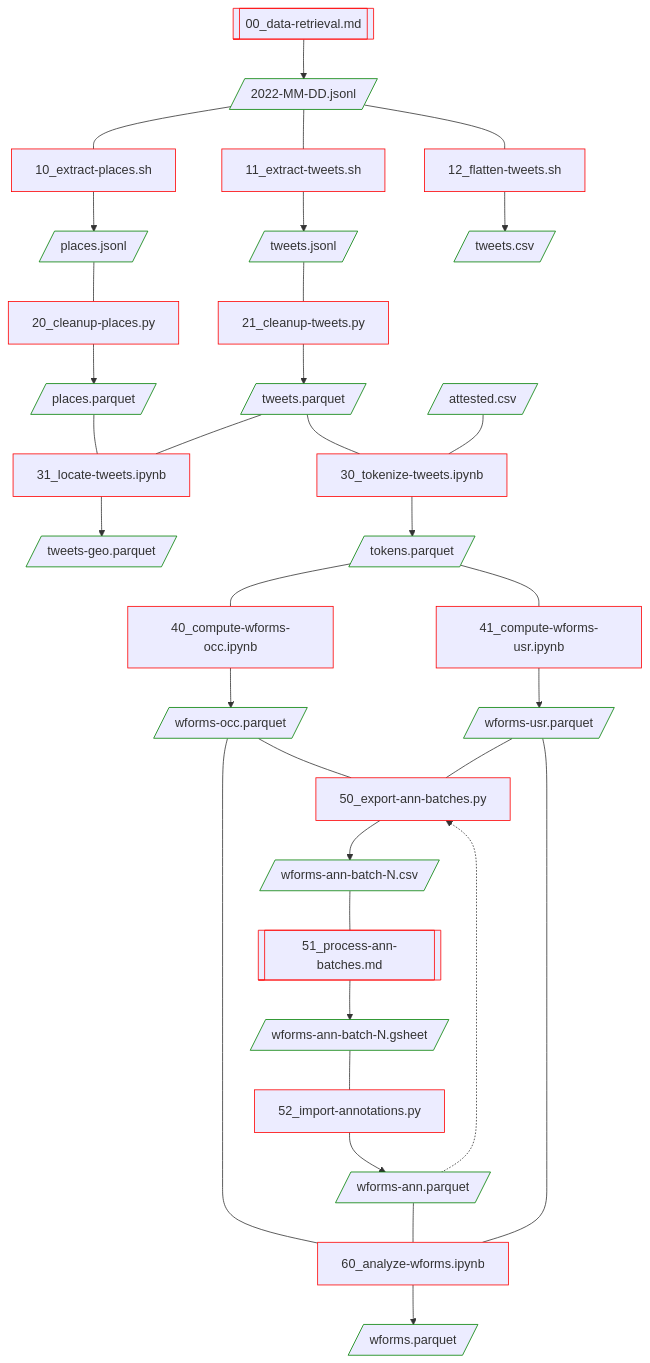
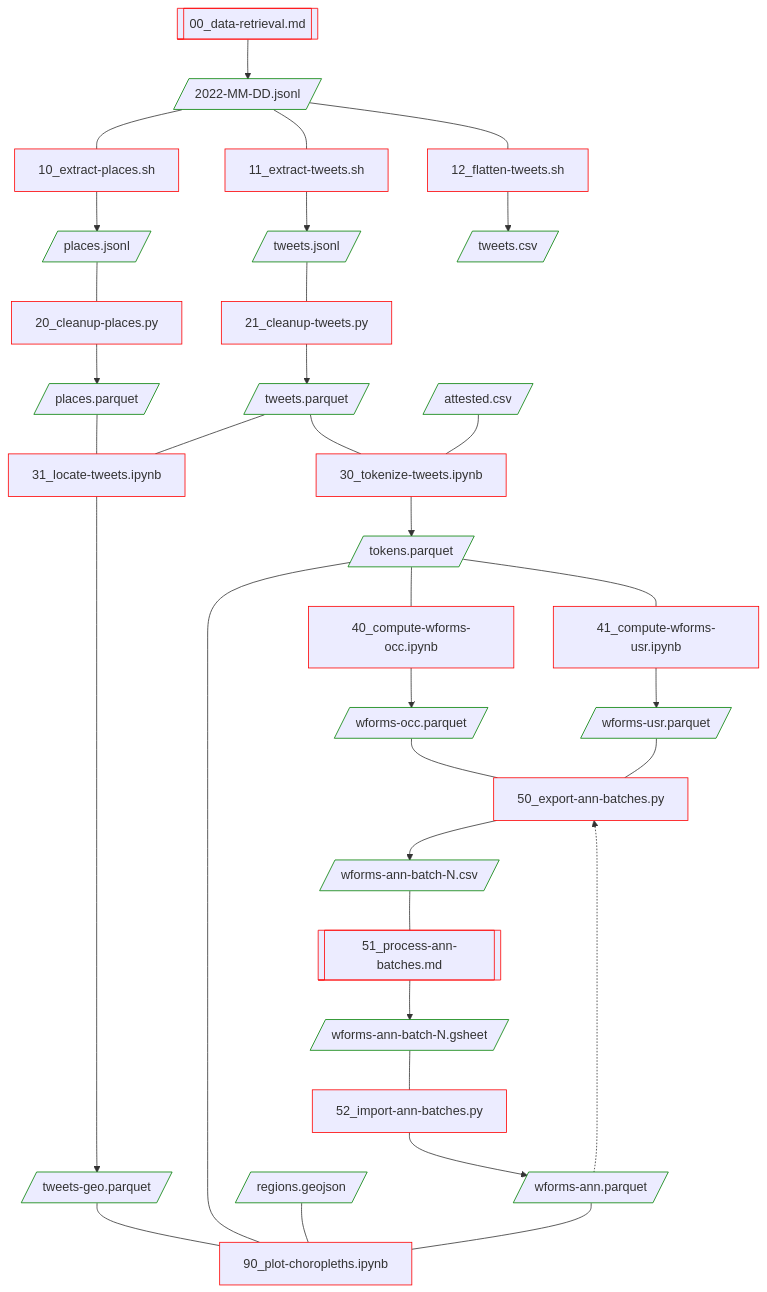
One commit to breviloquia-italica/pipeline changed the diagram in README.md. Above: the diagram before and after it, drawn with Mermaid.

Commit message:
Update flowchart

````diff
--- a/README.md
+++ b/README.md
@@ -3,54 +3,54 @@
 ```mermaid
 flowchart TD;
 
 00[[00_data-retrieval.md]]:::code;
 00 --> 2022-MM-DD.jsonl[/2022-MM-DD.jsonl/]:::data;
 
 10[10_extract-places.sh]:::code;
 11[11_extract-tweets.sh]:::code;
 12[12_flatten-tweets.sh]:::code;
 2022-MM-DD.jsonl --- 10 --> places.jsonl[/places.jsonl/]:::data;
 2022-MM-DD.jsonl --- 11 --> tweets.jsonl[/tweets.jsonl/]:::data;
 2022-MM-DD.jsonl --- 12 --> tweets.csv[/tweets.csv/]:::data;
 
 20[20_cleanup-places.py]:::code;
 21[21_cleanup-tweets.py]:::code;
 places.jsonl --- 20 --> places.parquet[/places.parquet/]:::data;
 tweets.jsonl --- 21 --> tweets.parquet[/tweets.parquet/]:::data;
 
 31[31_locate-tweets.ipynb]:::code;
 places.parquet --- 31;
 tweets.parquet --- 31 --> tweets-geo.parquet[/tweets-geo.parquet/]:::data;
 
 30[30_tokenize-tweets.ipynb]:::code;
 tweets.parquet --- 30;
 attested.csv[/attested.csv/]:::data --- 30;
 30 --> tokens.parquet[/tokens.parquet/]:::data;
 
 40[40_compute-wforms-occ.ipynb]:::code;
 tokens.parquet --- 40 --> wforms-occ.parquet[/wforms-occ.parquet/]:::data;
 
 41[41_compute-wforms-usr.ipynb]:::code;
 tokens.parquet --- 41 --> wforms-usr.parquet[/wforms-usr.parquet/]:::data;
 
 50[50_export-ann-batches.py]:::code;
 wforms-occ.parquet --- 50;
 wforms-usr.parquet --- 50;
 50 --> wforms-ann-batch-N.csv[/"wforms-ann-batch-N.csv"/]:::data;
 
 51[[51_process-ann-batches.md]]:::code;
 wforms-ann-batch-N.csv --- 51 --> wforms-ann-batch-N.gsheet[/wforms-ann-batch-N.gsheet/]:::data;
 wforms-ann.parquet -.-> 50;
 
-52[52_import-annotations.py]:::code;
+52[52_import-ann-batches.py]:::code;
 wforms-ann-batch-N.gsheet --- 52 --> wforms-ann.parquet[/wforms-ann.parquet/]:::data;
 
-60[60_analyze-wforms.ipynb]:::code;
-wforms-occ.parquet --- 60;
-wforms-ann.parquet --- 60;
-wforms-usr.parquet --- 60;
-60 --> wforms.parquet[/wforms.parquet/]:::data;
+90[90_plot-choropleths.ipynb]:::code;
+tweets-geo.parquet --- 90;
+tokens.parquet --- 90;
+regions.geojson[/regions.geojson/]:::data --- 90;
+wforms-ann.parquet --- 90;
 
 classDef code stroke:red;
 classDef data stroke:green,shape:rectangle;
 ```
````
